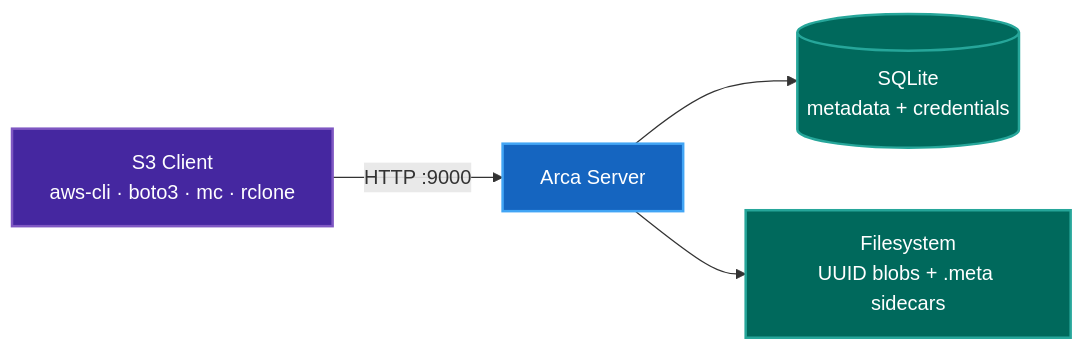
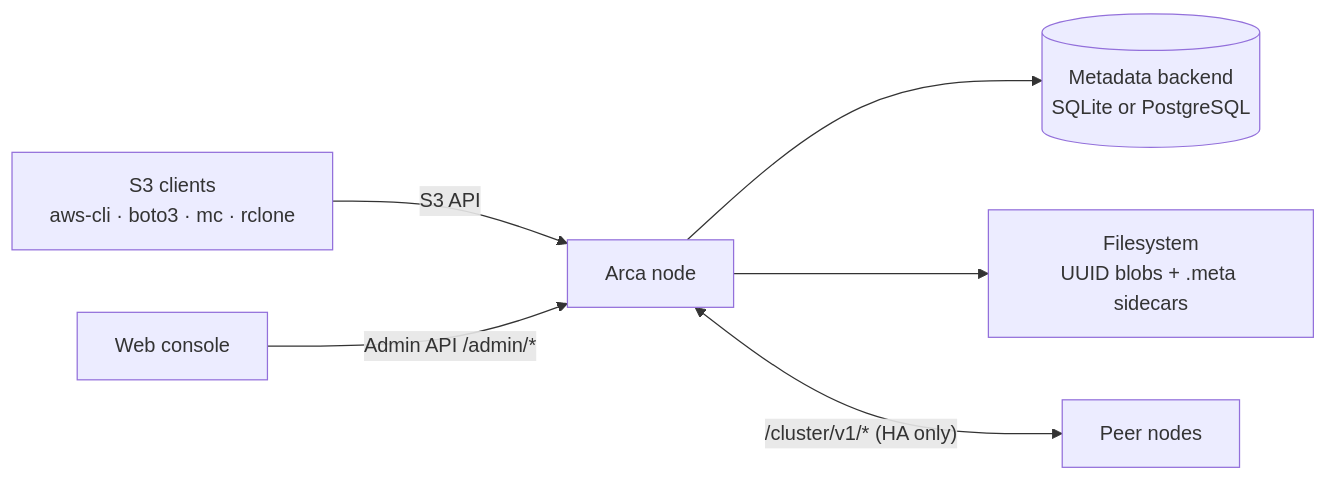
One commit to dxc-technology/arca changed the first of 4 diagrams in documentation/docs/reference/architecture.md. Above: the diagram before and after it, drawn with Mermaid. The commit also changed other lines of this file and 44 other files, not shown here.

````diff
--- a/documentation/docs/reference/architecture.md
+++ b/documentation/docs/reference/architecture.md
@@ -11,11 +13,8 @@
 ```mermaid
 graph LR
-    C["S3 Client<br/>aws-cli · boto3 · mc · rclone"] -->|"HTTP :9000"| A["Arca Server"]
-    A --> DB[("SQLite<br/>metadata + credentials")]
+    C["S3 clients<br/>aws-cli · boto3 · mc · rclone"] -->|"S3 API"| A["Arca node"]
+    CON["Web console"] -->|"Admin API /admin/*"| A
+    A --> DB[("Metadata backend<br/>SQLite or PostgreSQL")]
     A --> FS["Filesystem<br/>UUID blobs + .meta sidecars"]
-
-    style C fill:#4527a0,stroke:#7e57c2,stroke-width:2px,color:#fff
-    style A fill:#1565c0,stroke:#42a5f5,stroke-width:2px,color:#fff
-    style DB fill:#00695c,stroke:#26a69a,stroke-width:2px,color:#fff
-    style FS fill:#00695c,stroke:#26a69a,stroke-width:2px,color:#fff
+    A <-->|"/cluster/v1/* (HA only)"| P["Peer nodes"]
 ```
````
